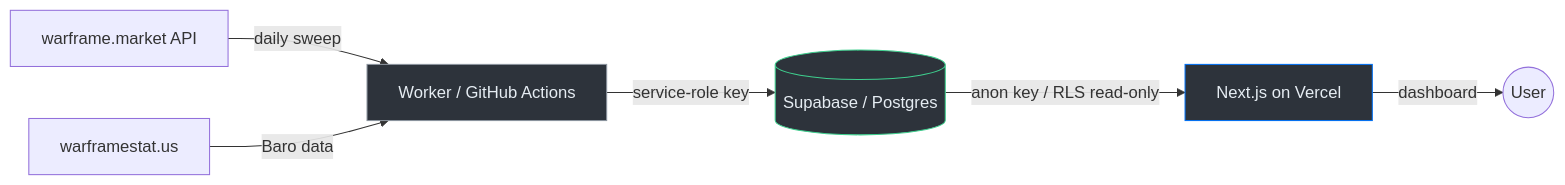
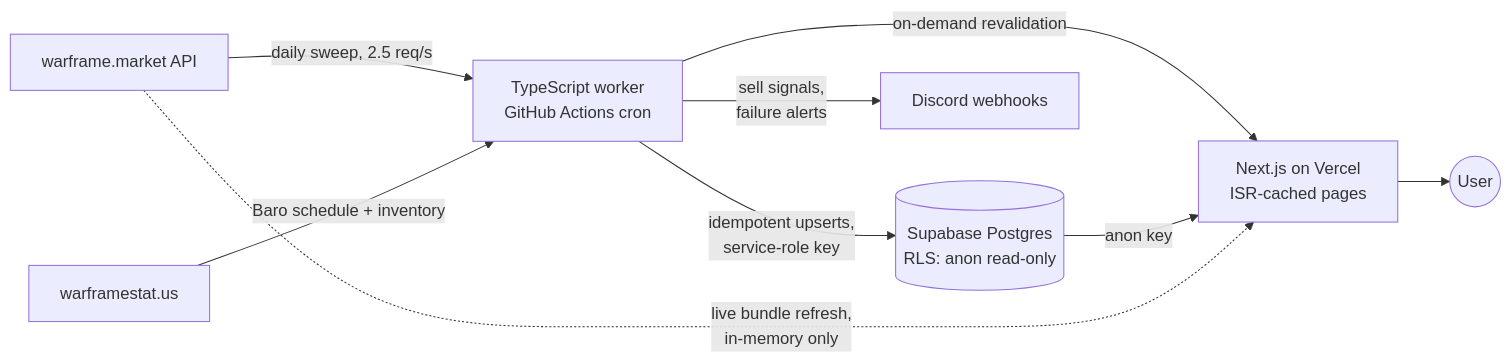
Before and after one commit to FranciscoPLoureiro/Ducat2Plat: the diagram in README.md, drawn with Mermaid. The commit also changed other lines of this file and 1 other file, not shown here.

````diff
--- a/README.md
+++ b/README.md
@@ -13,12 +43,11 @@
 ```mermaid
 graph LR
-    WFM[warframe.market API] -->|daily sweep| Worker[Worker / GitHub Actions]
-    BARO[warframestat.us] -->|Baro data| Worker
-    Worker -->|service-role key| Supabase[(Supabase / Postgres)]
-    Supabase -->|anon key / RLS read-only| Web[Next.js on Vercel]
-    Web -->|dashboard| User((User))
-
-    style Worker fill:#2d333b,stroke:#8b949e,color:#e6edf3
-    style Supabase fill:#2d333b,stroke:#3ecf8e,color:#e6edf3
-    style Web fill:#2d333b,stroke:#0070f3,color:#e6edf3
+    WFM[warframe.market API] -->|daily sweep, 2.5 req/s| Worker[TypeScript worker<br/>GitHub Actions cron]
+    BARO[warframestat.us] -->|Baro schedule + inventory| Worker
+    Worker -->|idempotent upserts,<br/>service-role key| DB[(Supabase Postgres<br/>RLS: anon read-only)]
+    Worker -->|sell signals,<br/>failure alerts| Discord[Discord webhooks]
+    Worker -->|on-demand revalidation| Web[Next.js on Vercel<br/>ISR-cached pages]
+    DB -->|anon key| Web
+    WFM -.->|live bundle refresh,<br/>in-memory only| Web
+    Web --> User((User))
 ```
````
